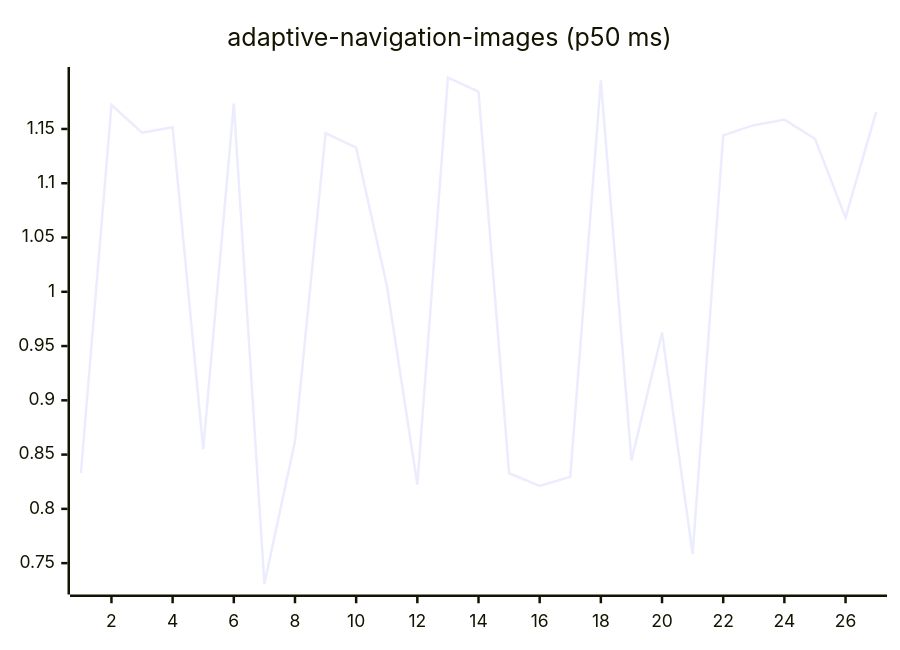
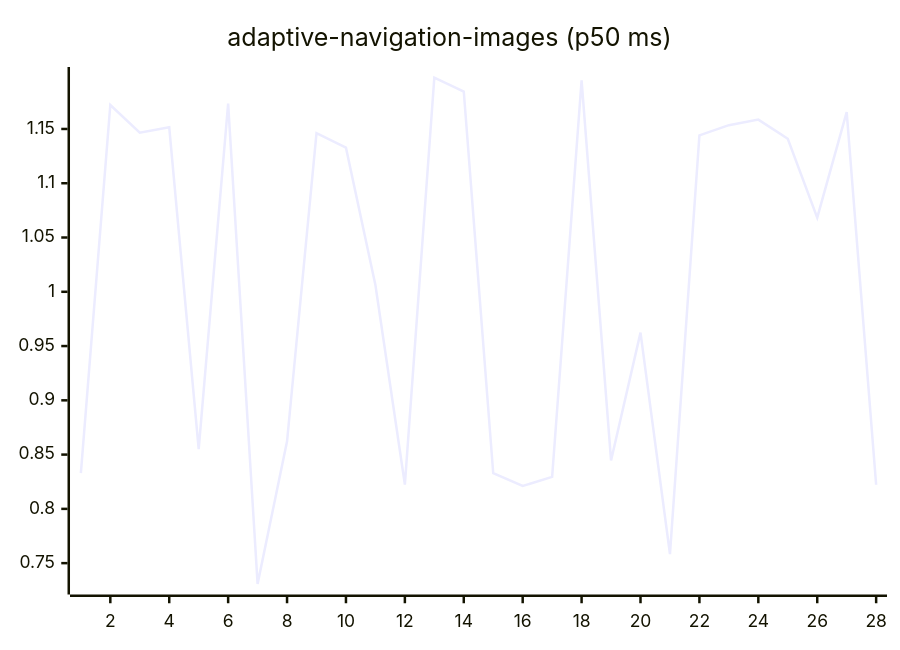
The first of 27 diagrams in README.md (josha/Facet), drawn with Mermaid before and after one commit. The commit also changed other lines of this file and 2 other files, not shown here.

````diff
--- a/README.md
+++ b/README.md
@@ -63,6 +63,6 @@
 ```mermaid
 xychart-beta
     title "adaptive-navigation-images (p50 ms)"
-    x-axis 1 --> 27
-    line [0.8330, 1.1721, 1.1465, 1.1515, 0.8551, 1.1733, 0.7309, 0.8622, 1.1462, 1.1328, 1.0062, 0.8224, 1.1973, 1.1845, 0.8328, 0.8211, 0.8295, 1.1947, 0.8446, 0.9624, 0.7583, 1.1441, 1.1535, 1.1586, 1.1410, 1.0683, 1.1655]
+    x-axis 1 --> 28
+    line [0.8330, 1.1721, 1.1465, 1.1515, 0.8551, 1.1733, 0.7309, 0.8622, 1.1462, 1.1328, 1.0062, 0.8224, 1.1973, 1.1845, 0.8328, 0.8211, 0.8295, 1.1947, 0.8446, 0.9624, 0.7583, 1.1441, 1.1535, 1.1586, 1.1410, 1.0683, 1.1655, 0.8222]
 ```
````
